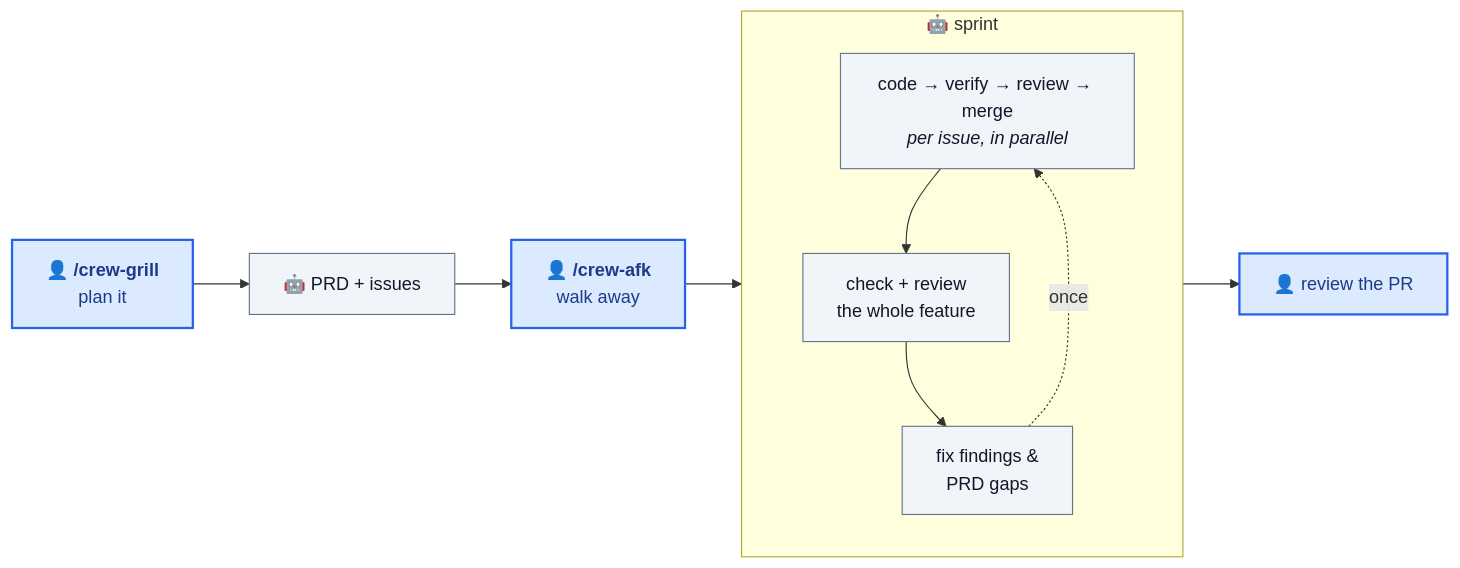
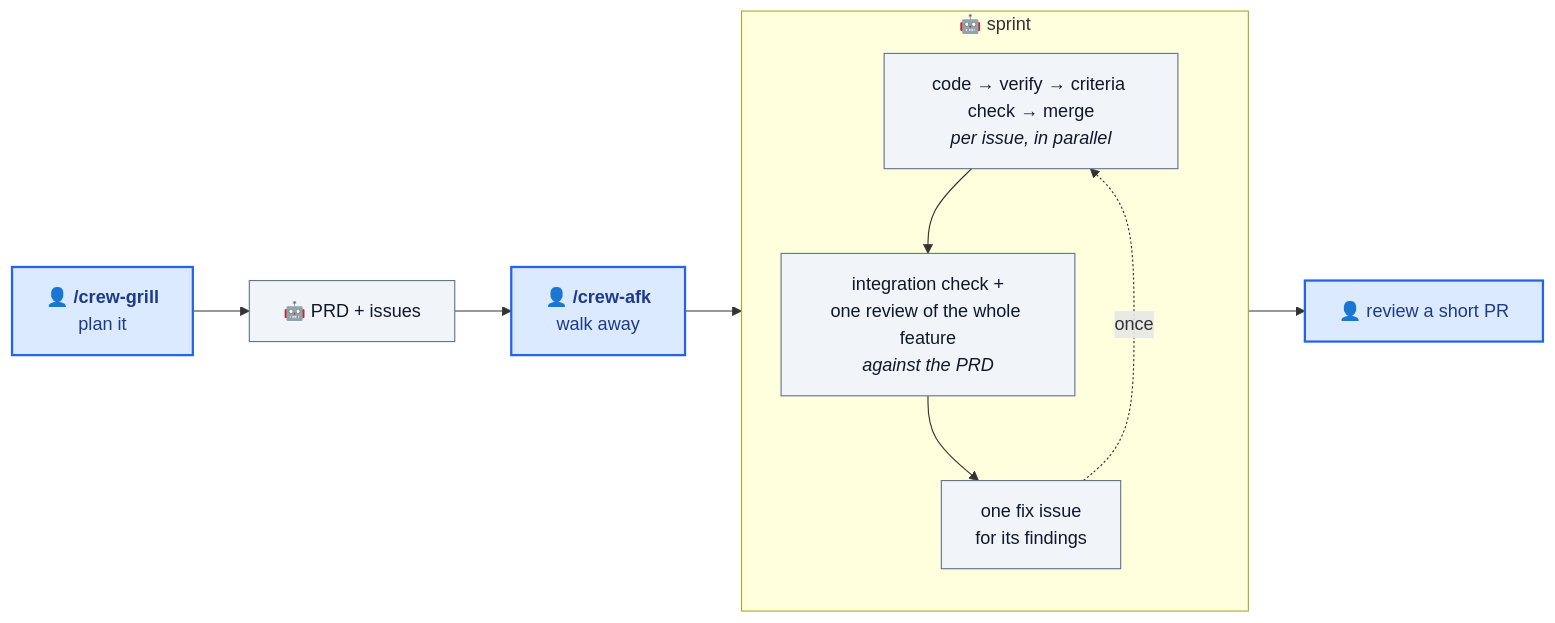
The diagram in README.md (ypxing/coding-crew), drawn with Mermaid before and after one commit. The commit also changed other lines of this file and 74 other files, not shown here.

First line of the commit message:
Review each feature once with one PRD-reading reviewer, drop the PRD audit (#291)

````diff
--- a/README.md
+++ b/README.md
@@ -45,21 +46,21 @@
 ```mermaid
 flowchart LR
     plan["👤 <b>/crew-grill</b><br/>plan it"] --> issues["🤖 PRD + issues"]
     issues --> afk["👤 <b>/crew-afk</b><br/>walk away"]
 
     subgraph sprint["🤖 sprint"]
         direction TB
-        build["code → verify → review → merge<br/><i>per issue, in parallel</i>"]
-        check["check + review<br/>the whole feature"]
-        fix["fix findings &<br/>PRD gaps"]
+        build["code → verify → criteria check → merge<br/><i>per issue, in parallel</i>"]
+        check["integration check +<br/>one review of the whole feature<br/><i>against the PRD</i>"]
+        fix["one fix issue<br/>for its findings"]
         build --> check --> fix
         fix -. "once" .-> build
     end
 
-    afk --> sprint --> pr["👤 review the PR"]
+    afk --> sprint --> pr["👤 review a short PR"]
 
     classDef human fill:#dbeafe,stroke:#2563eb,stroke-width:2px,color:#1e3a8a
     classDef bot fill:#f1f5f9,stroke:#64748b,color:#0f172a
     class plan,afk,pr human
     class issues,build,check,fix bot
 ```
````
